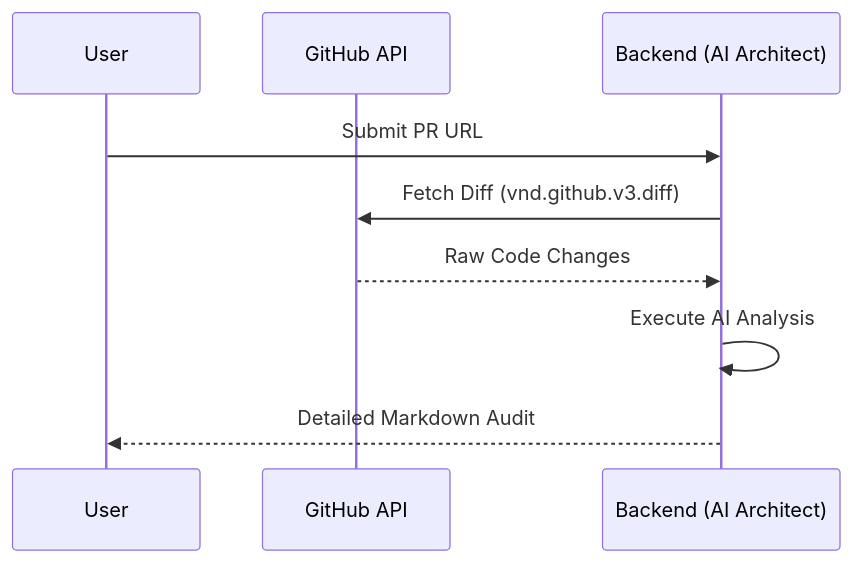
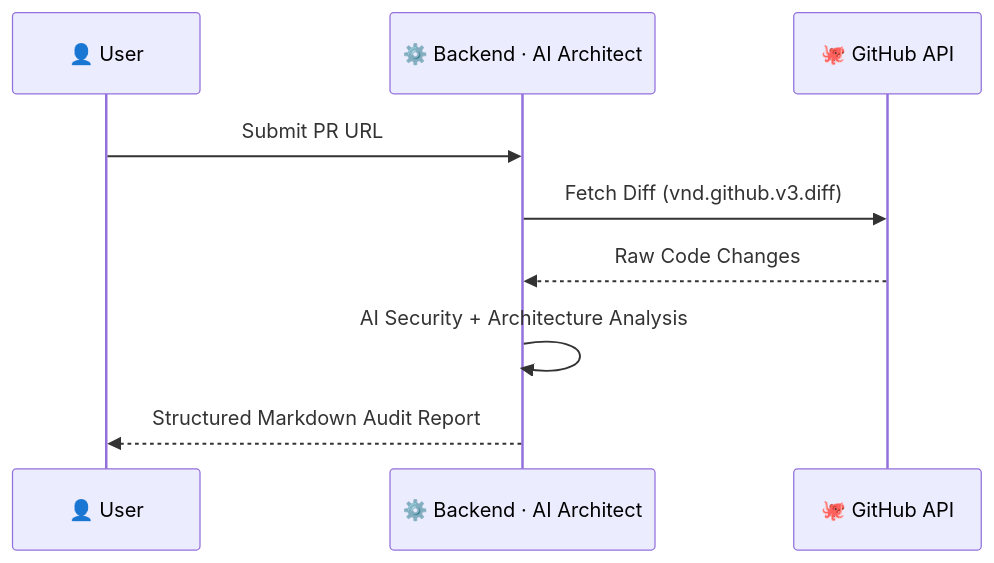
Before and after one commit to arhamxfarooqui/AXIOS-GO: the second of 3 diagrams in USE_CASES.md, drawn with Mermaid. The commit also changed other lines of this file, not shown here.

First line of the commit message:
Enhance USE_CASES.md with detailed user journeys

````diff
--- a/USE_CASES.md
+++ b/USE_CASES.md
@@ -60,12 +135,12 @@
 ```mermaid
 sequenceDiagram
-    participant U as User
-    participant G as GitHub API
-    participant B as Backend (AI Architect)
-    
+    participant U as 👤 User
+    participant B as ⚙️ Backend · AI Architect
+    participant G as 🐙 GitHub API
+
     U->>B: Submit PR URL
     B->>G: Fetch Diff (vnd.github.v3.diff)
     G-->>B: Raw Code Changes
-    B->>B: Execute AI Analysis
-    B-->>U: Detailed Markdown Audit
+    B->>B: AI Security + Architecture Analysis
+    B-->>U: Structured Markdown Audit Report
 ```
````
